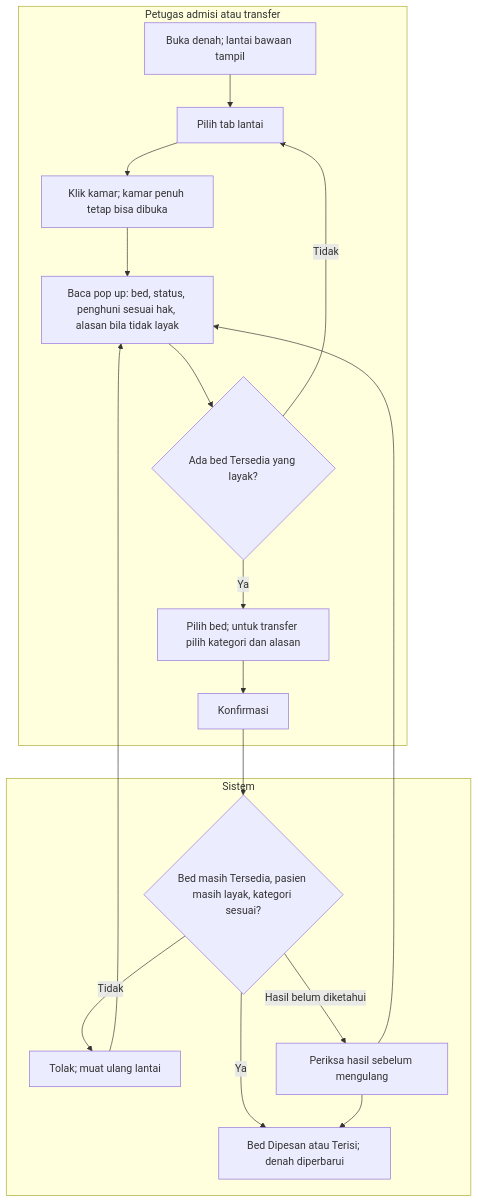
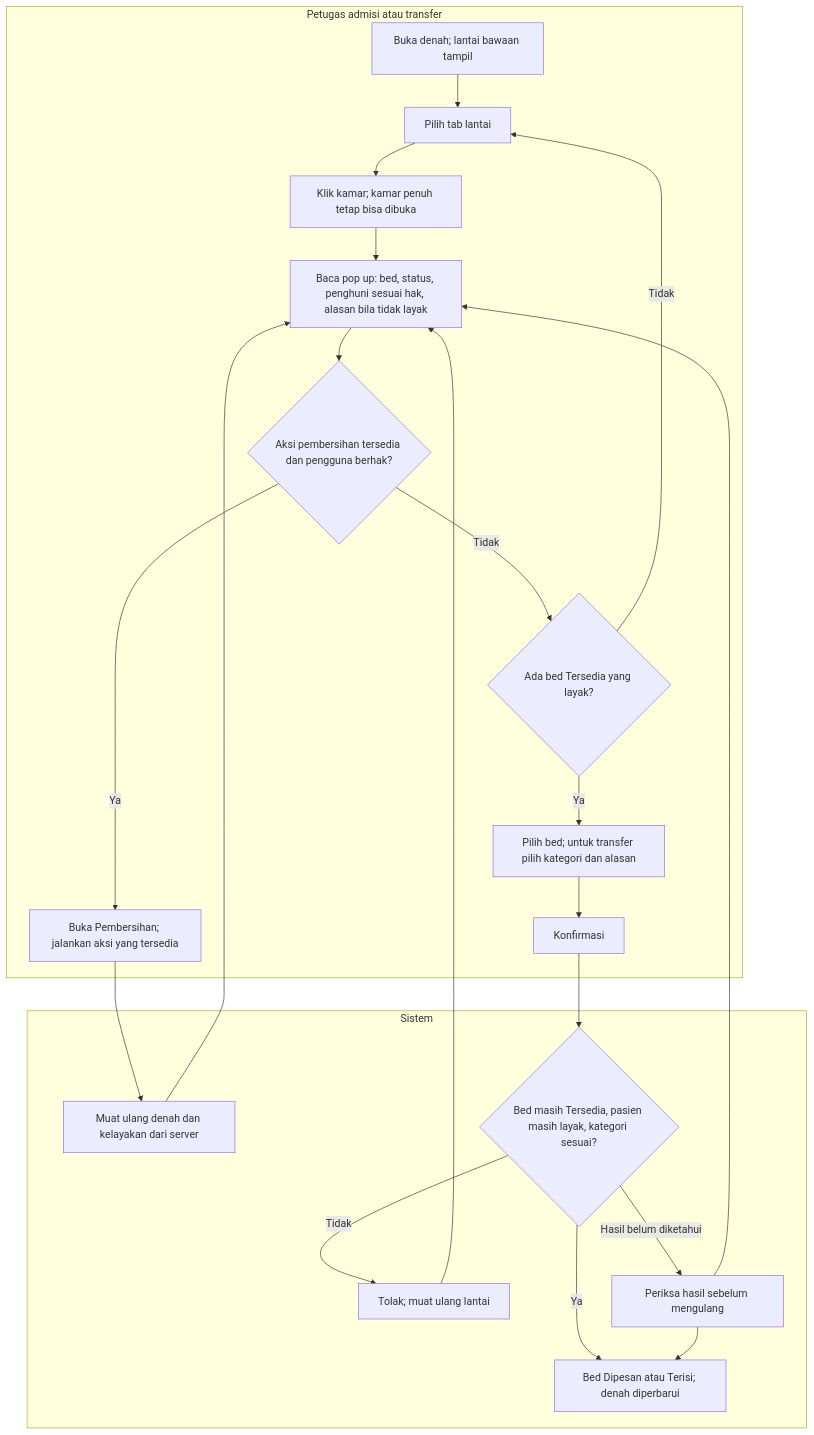
The diagram in docs/module-blueprints/rawat-inap/episode-rawat-inap/flowcharts/15-denah-pilih-bed.md (DevBenari/NewQuilvianSystemBackend), drawn with Mermaid before and after one commit. The commit also changed other lines of this file and 20 other files, not shown here.

````diff
--- a/docs/module-blueprints/rawat-inap/episode-rawat-inap/flowcharts/15-denah-pilih-bed.md
+++ b/docs/module-blueprints/rawat-inap/episode-rawat-inap/flowcharts/15-denah-pilih-bed.md
@@ -7,21 +7,25 @@
 ```mermaid
 flowchart TD
  subgraph petugas[Petugas admisi atau transfer]
   A["Buka denah; lantai bawaan tampil"] --> B["Pilih tab lantai"]
   B --> C["Klik kamar; kamar penuh tetap bisa dibuka"]
   C --> D["Baca pop up: bed, status, penghuni sesuai hak, alasan bila tidak layak"]
-  D --> E{"Ada bed Tersedia yang layak?"}
-  E -- Tidak --> B
-  E -- Ya --> F["Pilih bed; untuk transfer pilih kategori dan alasan"]
+  D --> E{"Aksi pembersihan tersedia dan pengguna berhak?"}
+  E -- Ya --> P["Buka Pembersihan; jalankan aksi yang tersedia"]
+  E -- Tidak --> Q{"Ada bed Tersedia yang layak?"}
+  Q -- Tidak --> B
+  Q -- Ya --> F["Pilih bed; untuk transfer pilih kategori dan alasan"]
   F --> G["Konfirmasi"]
  end
  subgraph sistem[Sistem]
+  P --> L["Muat ulang denah dan kelayakan dari server"]
+  L --> D
   G --> H{"Bed masih Tersedia, pasien masih layak, kategori sesuai?"}
   H -- Tidak --> I["Tolak; muat ulang lantai"]
   H -- Hasil belum diketahui --> J["Periksa hasil sebelum mengulang"]
   H -- Ya --> K["Bed Dipesan atau Terisi; denah diperbarui"]
  end
  I --> D
  J --> K
  J --> D
 ```
````
